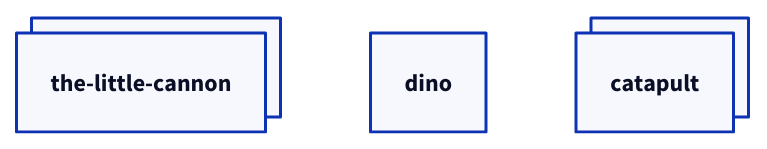
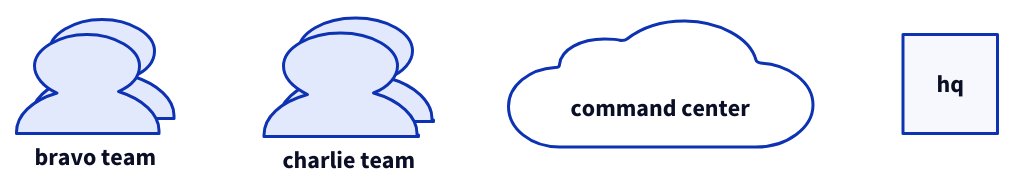
Before and after one commit to terrastruct/d2-docs: the diagram in static/d2/globs-filter.d2, drawn with D2. The commit also changed 10 other files, not shown here.

```diff
--- a/static/d2/globs-filter.d2
+++ b/static/d2/globs-filter.d2
@@ -1,14 +1,9 @@
-the-little-cannon: {
-  class: [server; deployed]
-}
-dino: {
-  class: [internal; deployed]
-}
-catapult: {
-  class: [server]
-}
+bravo team.shape: person
+charlie team.shape: person
+command center.shape: cloud
+hq.shape: rectangle
 
 *: {
-  &class: server
+  &shape: person
   style.multiple: true
 }
```
